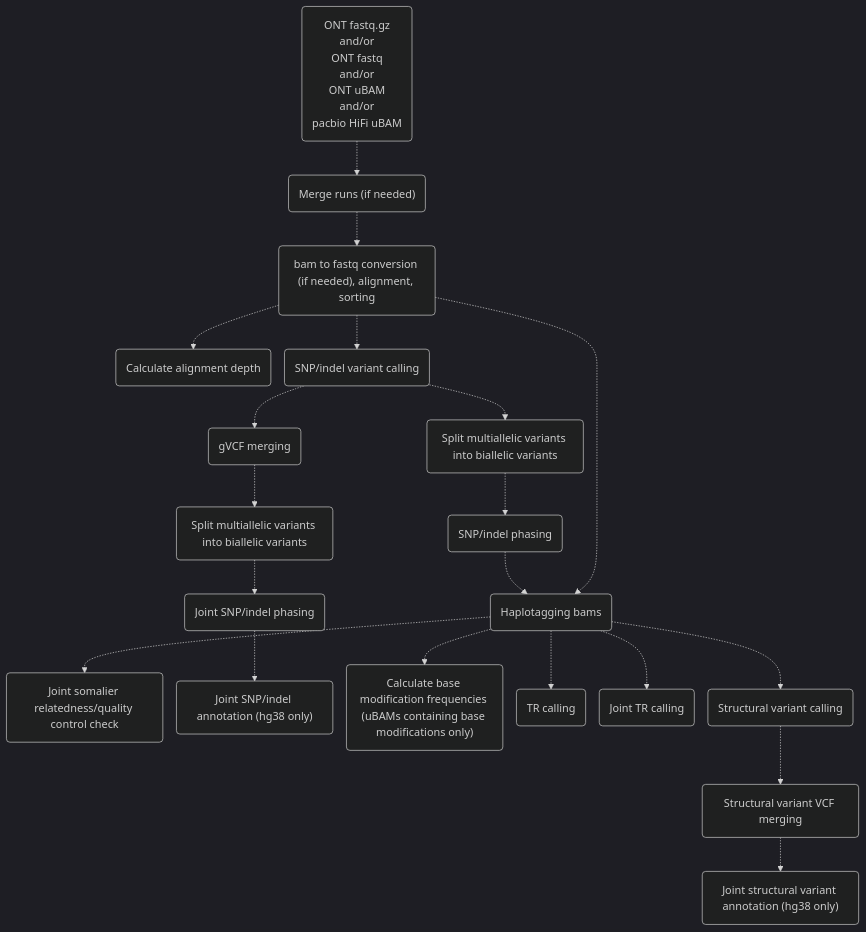
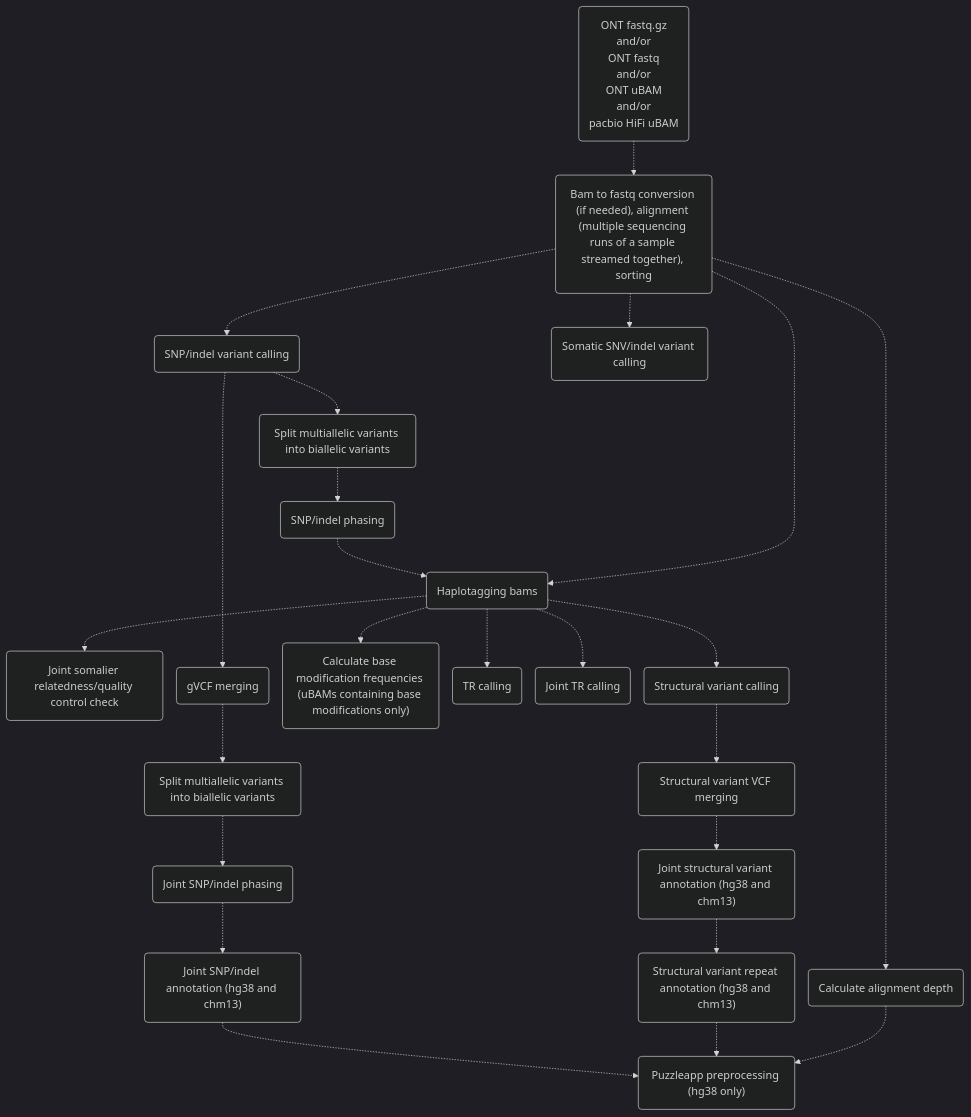
One commit to leahkemp/pipeface changed the second of 3 diagrams in docs/pipeface/info.md. Above: the diagram before and after it, drawn with Mermaid. The commit also changed other lines of this file and 22 other files, not shown here.

````diff
--- a/docs/pipeface/info.md
+++ b/docs/pipeface/info.md
@@ -39,35 +43,39 @@
 ```mermaid
 %%{init:{'theme':'dark','themeVariables':{'fontSize':'11'},'flowchart':{'nodeSpacing':20}}}%%
 flowchart TB
 
 input_data("ONT fastq.gz <br> and/or <br> ONT fastq <br> and/or <br> ONT uBAM <br> and/or <br> pacbio HiFi uBAM")
-merging("Merge runs (if needed)")
-alignment("bam to fastq conversion (if needed), alignment, sorting")
+alignment("Bam to fastq conversion (if needed), alignment (multiple sequencing runs of a sample streamed together), sorting")
 depth("Calculate alignment depth")
 snp_indel_calling("SNP/indel variant calling")
+somatic_calling("Somatic SNV/indel variant calling")
 split_multiallele("Split multiallelic variants into biallelic variants")
 snp_indel_phasing("SNP/indel phasing")
 joint_somalier("Joint somalier relatedness/quality control check")
 gvcf_merging("gVCF merging")
 joint_split_multiallele("Split multiallelic variants into biallelic variants")
 joint_snp_indel_phasing("Joint SNP/indel phasing")
-joint_snp_indel_annotation("Joint SNP/indel annotation (hg38 only)")
+joint_snp_indel_annotation("Joint SNP/indel annotation (hg38 and chm13)")
 haplotagging("Haplotagging bams")
 calculate_base_mod_freqs("Calculate base modification frequencies (uBAMs containing base modifications only)")
 tr_calling("TR calling")
 joint_tr_calling("Joint TR calling")
 sv_calling("Structural variant calling")
 sv_vcf_merging("Structural variant VCF merging")
-joint_sv_annotation("Joint structural variant annotation (hg38 only)")
+joint_sv_annotation("Joint structural variant annotation (hg38 and chm13)")
+sv_repeat_annotation("Structural variant repeat annotation (hg38 and chm13)")
+puzzleapp_preprocessing("Puzzleapp preprocessing (hg38 only)")
 
-input_data-.->merging-.->alignment-.->snp_indel_calling-.->split_multiallele-.->snp_indel_phasing-.->haplotagging-.->sv_calling
+input_data-.->alignment-.->snp_indel_calling-.->split_multiallele-.->snp_indel_phasing-.->haplotagging-.->sv_calling
 alignment-.->depth
+alignment-.->somatic_calling
 alignment-.->haplotagging
 haplotagging-.->calculate_base_mod_freqs
 haplotagging-.->tr_calling
 haplotagging-.->joint_tr_calling
 haplotagging-.->joint_somalier
-snp_indel_calling-.->gvcf_merging-.->joint_split_multiallele-.->joint_snp_indel_phasing-.->joint_snp_indel_annotation
-sv_calling-.->sv_vcf_merging-.->joint_sv_annotation
+snp_indel_calling-.->gvcf_merging-.->joint_split_multiallele-.->joint_snp_indel_phasing-.->joint_snp_indel_annotation-.->puzzleapp_preprocessing
+sv_calling-.->sv_vcf_merging-.->joint_sv_annotation-.->sv_repeat_annotation-.->puzzleapp_preprocessing
+depth-.->puzzleapp_preprocessing
 
 ```
````
